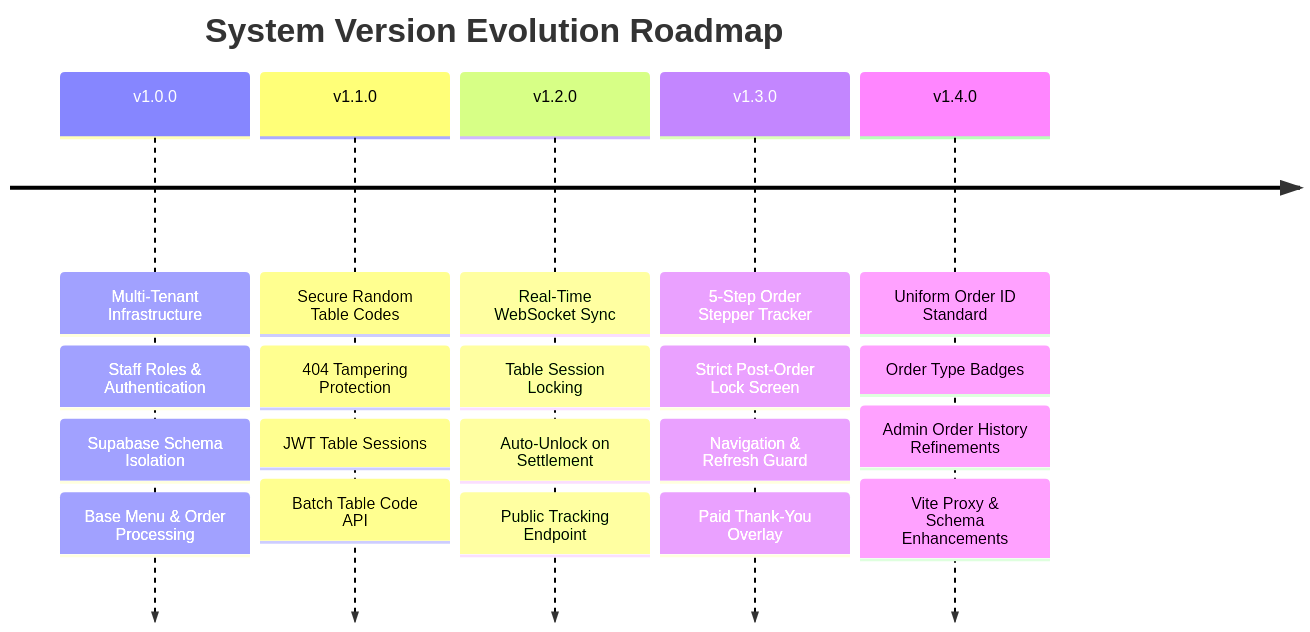
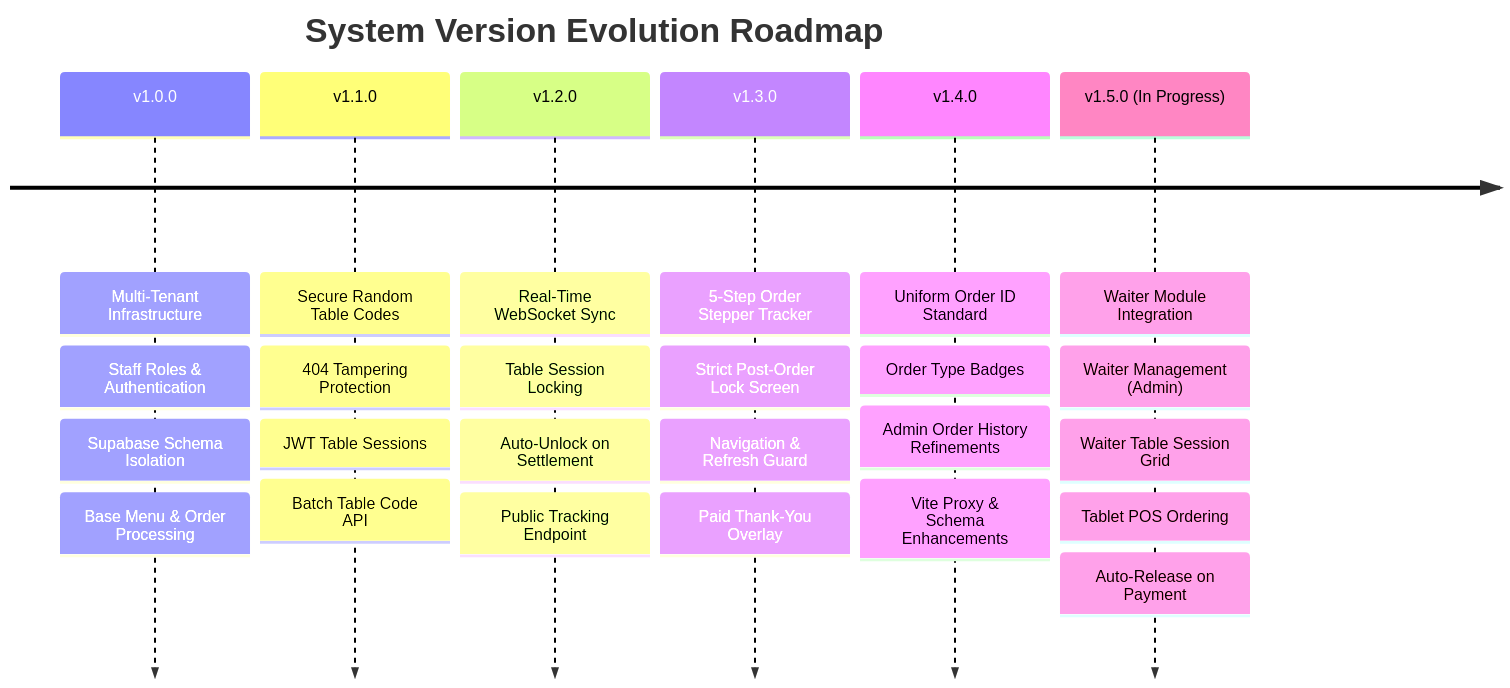
One commit to alifayyaz-06/apexscan changed the first of 2 diagrams in PLAN.md. Above: the diagram before and after it, drawn with Mermaid. The commit also changed other lines of this file, not shown here.

Commit message:
docs: add Waiter Module specification to PLAN.md

````diff
--- a/PLAN.md
+++ b/PLAN.md
@@ -18,9 +18,10 @@
 ```mermaid
 timeline
     title System Version Evolution Roadmap
     v1.0.0 : Multi-Tenant Infrastructure : Staff Roles & Authentication : Supabase Schema Isolation : Base Menu & Order Processing
     v1.1.0 : Secure Random Table Codes : 404 Tampering Protection : JWT Table Sessions : Batch Table Code API
     v1.2.0 : Real-Time WebSocket Sync : Table Session Locking : Auto-Unlock on Settlement : Public Tracking Endpoint
     v1.3.0 : 5-Step Order Stepper Tracker : Strict Post-Order Lock Screen : Navigation & Refresh Guard : Paid Thank-You Overlay
     v1.4.0 : Uniform Order ID Standard : Order Type Badges : Admin Order History Refinements : Vite Proxy & Schema Enhancements
+    v1.5.0 (In Progress) : Waiter Module Integration : Waiter Management (Admin) : Waiter Table Session Grid : Tablet POS Ordering : Auto-Release on Payment
 ```
````
